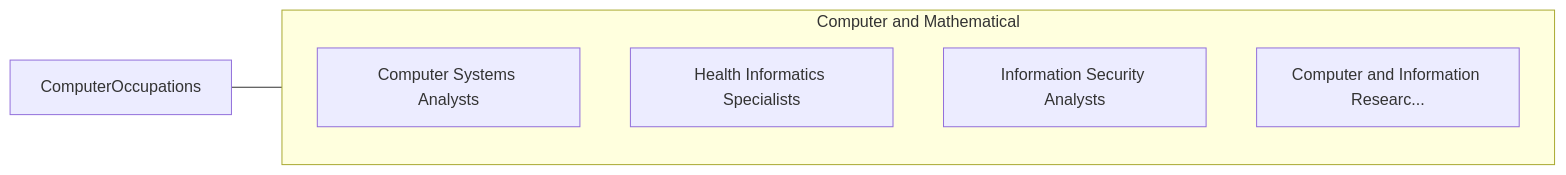
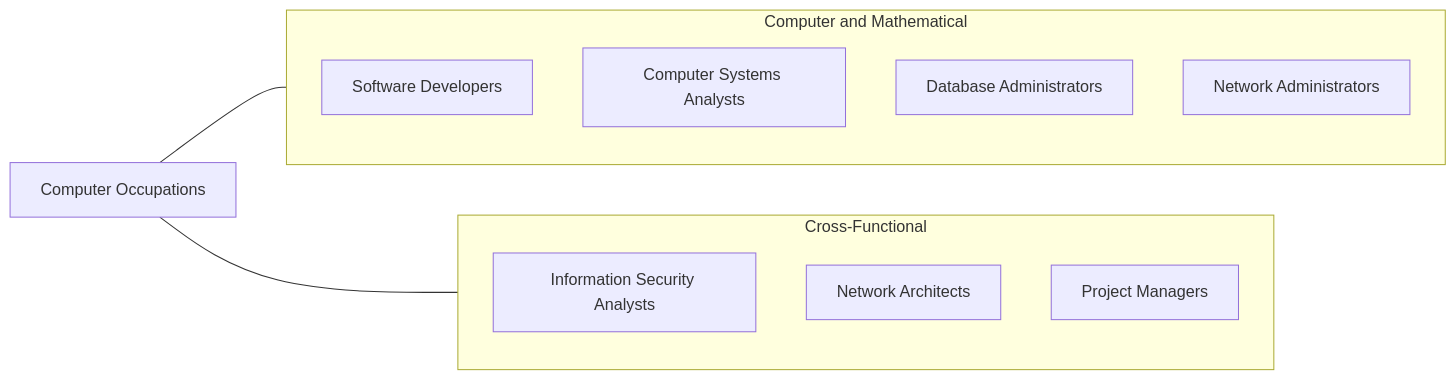
The third of 4 diagrams in occupations/Technology/ComputerOccupations.mdx (kziemski/business.org.ai), drawn with Mermaid before and after one commit. The commit also changed other lines of this file and 938 other files, not shown here.

````diff
--- a/occupations/Technology/ComputerOccupations.mdx
+++ b/occupations/Technology/ComputerOccupations.mdx
@@ -148,13 +201,20 @@
 ```mermaid
 graph LR
-    Current["ComputerOccupations"]
+    Current["Computer Occupations"]
 
     subgraph SameCategory["Computer and Mathematical"]
-        ComputerSystemsAnaly["Computer Systems Analysts"]
-        HealthInformaticsSpe["Health Informatics Specialists"]
-        InformationSecurityA["Information Security Analysts"]
-        ComputerAndInformati["Computer and Information Researc..."]
+        SD["Software Developers"]
+        CSA["Computer Systems Analysts"]
+        DBA["Database Administrators"]
+        NCSA["Network Administrators"]
+    end
+
+    subgraph CrossFunctional["Cross-Functional"]
+        ISA["Information Security Analysts"]
+        NA["Network Architects"]
+        PM["Project Managers"]
     end
 
     Current --- SameCategory
+    Current --- CrossFunctional
 ```
````
